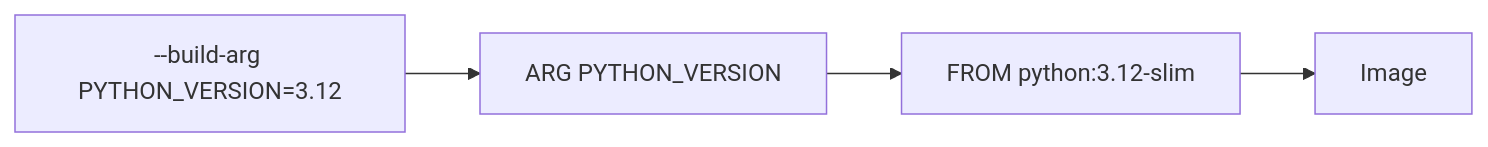
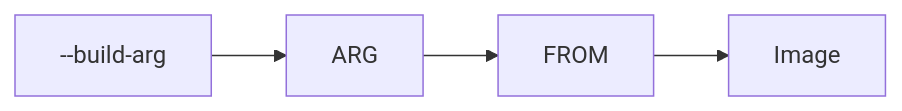
The diagram in 03 — Concepts/Variable de build Docker (ARG).md (galsen-76/Informatique-), drawn with Mermaid before and after one commit. The commit also changed 10 other files, not shown here.

First line of the commit message:
Concepts : diagrammes Mermaid raccourcis pour tenir en largeur

````diff
--- a/03 — Concepts/Variable de build Docker (ARG).md
+++ b/03 — Concepts/Variable de build Docker (ARG).md
@@ -40,5 +40,5 @@
 ```mermaid
 flowchart LR
-  BA[--build-arg PYTHON_VERSION=3.12] --> A[ARG PYTHON_VERSION]
-  A --> FR[FROM python:3.12-slim] --> I[Image]
+  BA[--build-arg] --> A[ARG]
+  A --> FR[FROM] --> I[Image]
 ```
````
